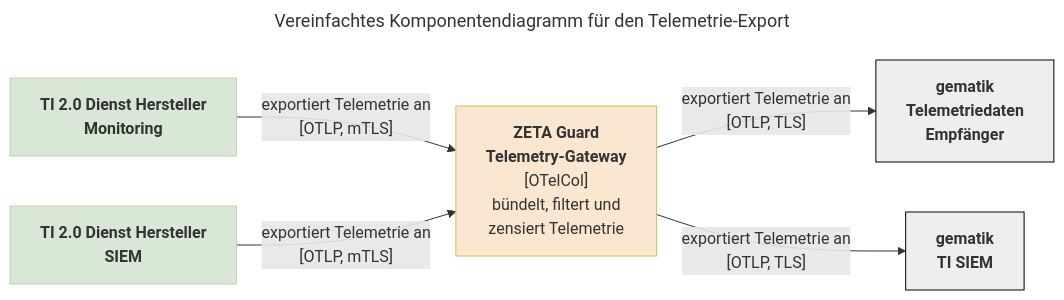
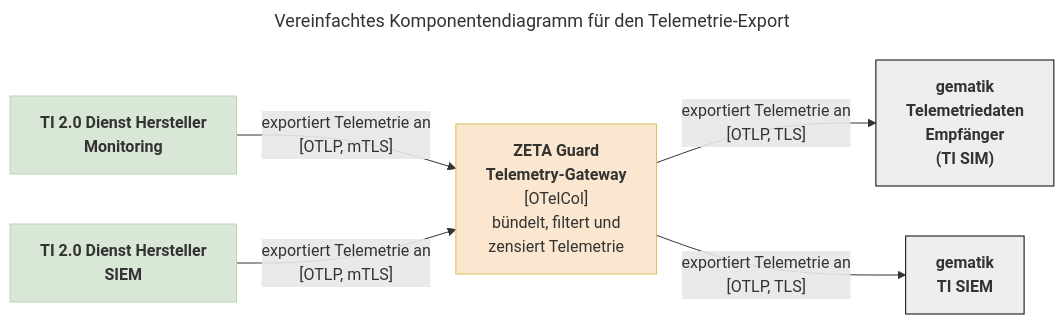
One commit to gematik/zeta changed the diagram in docs/user-manual/Anleitungen/Wie_Sie_Telemetrie_des_Resource_Servers_an_die_gematik_schicken.md. Above: the diagram before and after it, drawn with Mermaid. The commit also changed other lines of this file and 43 other files, not shown here.

````diff
--- a/docs/user-manual/Anleitungen/Wie_Sie_Telemetrie_des_Resource_Servers_an_die_gematik_schicken.md
+++ b/docs/user-manual/Anleitungen/Wie_Sie_Telemetrie_des_Resource_Servers_an_die_gematik_schicken.md
@@ -14,37 +14,38 @@
 ```mermaid
 ---
 title: Vereinfachtes Komponentendiagramm für den Telemetrie-Export
 ---
 flowchart LR
     DienstAnbieterMonitoring["`**TI 2.0 Dienst Hersteller
      Monitoring**`"]
     DienstAnbieterSiem["`**TI 2.0 Dienst Hersteller
      SIEM**`"]
     Gateway["`**ZETA Guard
      Telemetry-Gateway**
      [OTelCol]
      bündelt, filtert und
      zensiert Telemetrie`"]
     gematikMonitoring["`**gematik
      Telemetriedaten
-      Empfänger**`"]
+      Empfänger
+      (TI SIM)**`"]
     gematikSiem["`**gematik
      TI SIEM**`"]
     DienstAnbieterMonitoring -->|"`exportiert Telemetrie an
         [OTLP, mTLS]`"| Gateway
     DienstAnbieterSiem -->|"`exportiert Telemetrie an
         [OTLP, mTLS]`"| Gateway
     Gateway -->|"`exportiert Telemetrie an
         [OTLP, TLS]`"| gematikMonitoring
     Gateway -->|"`exportiert Telemetrie an
         [OTLP, TLS]`"| gematikSiem
 
     %% styling
     classDef KomponenteAnwendung fill: #d9e7d6, stroke:#bdd4b0;
     classDef KomponenteBestehend fill: #eeeeee, stroke: black;
     classDef KomponenteZeta fill: #fbe7cf, stroke:#debc5a;
 
     class Gateway KomponenteZeta;
     class DienstAnbieterMonitoring,DienstAnbieterSiem KomponenteAnwendung;
     class gematikMonitoring,gematikSiem KomponenteBestehend;
 ```
````
